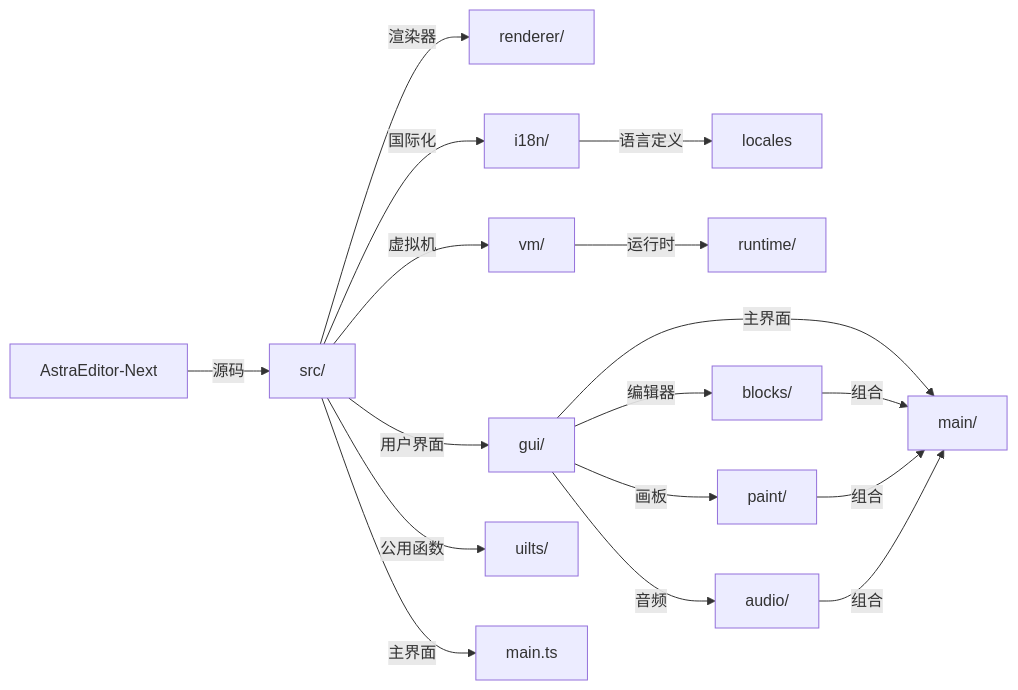
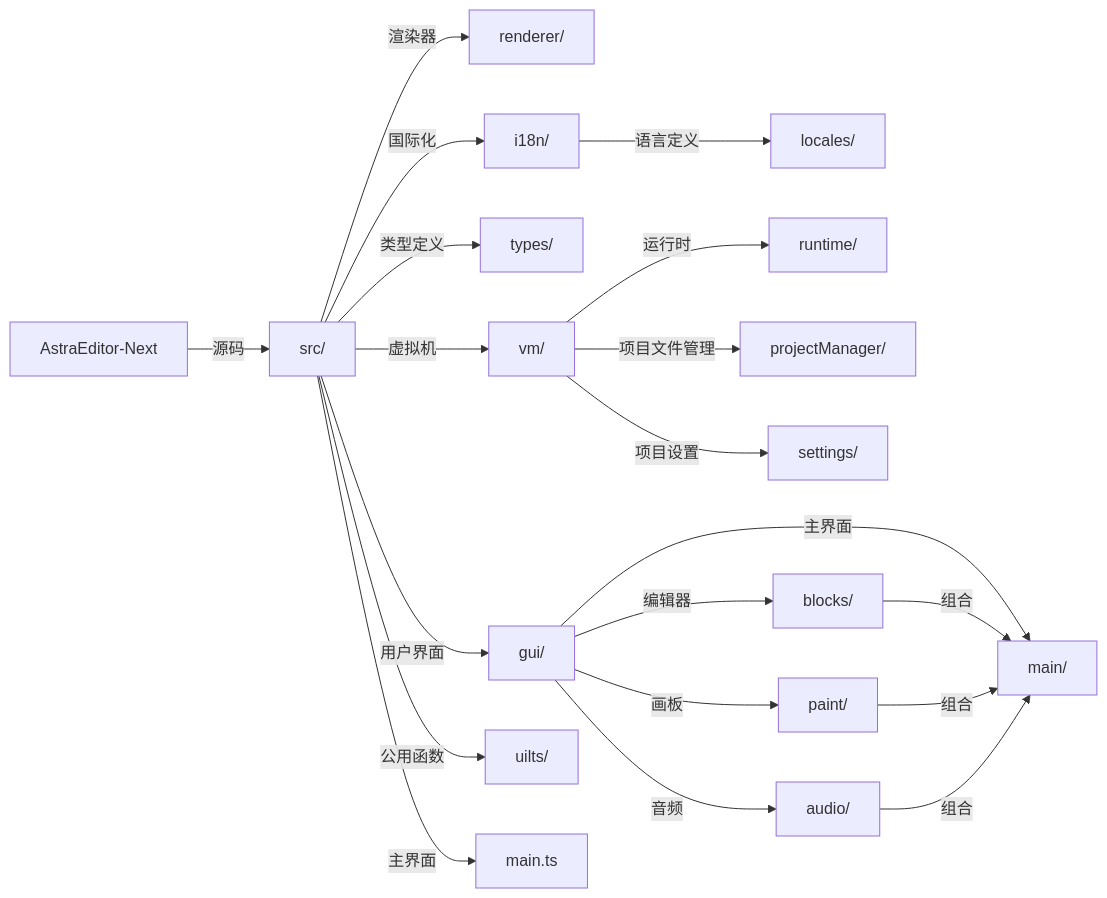
Before and after one commit to TheAstrasTeam/Astratch: the diagram in README.md, drawn with Mermaid. The commit also changed other lines of this file, not shown here.

````diff
--- a/README.md
+++ b/README.md
@@ -23,24 +23,27 @@
 ```mermaid
 graph LR
         A[AstraEditor-Next]
 
         A --> |源码|B[src/]
 
         B --> |渲染器|C[renderer/]
         B --> |国际化|O[i18n/]
+        B --> |类型定义|TP[types/]
 
-        O --> |语言定义| LD[locales]
+        O --> |语言定义| LD[locales/]
 
         B --> |虚拟机|D[vm/]
         D --> |运行时|RUNTIME[runtime/]
+        D --> |项目文件管理|PM[projectManager/]
+        D --> |项目设置|PS[settings/]
         B --> |用户界面|E[gui/]
         E --> |主界面|K[main/]
         E --> |编辑器|G[blocks/]
         E --> |画板|H[paint/]
         E --> |音频|I[audio/]
         G --> |组合| K
         H --> |组合| K
         I --> |组合| K
         B --> |公用函数|F[uilts/]
         B --> |主界面|MAIN[main.ts]     
 ```
````
